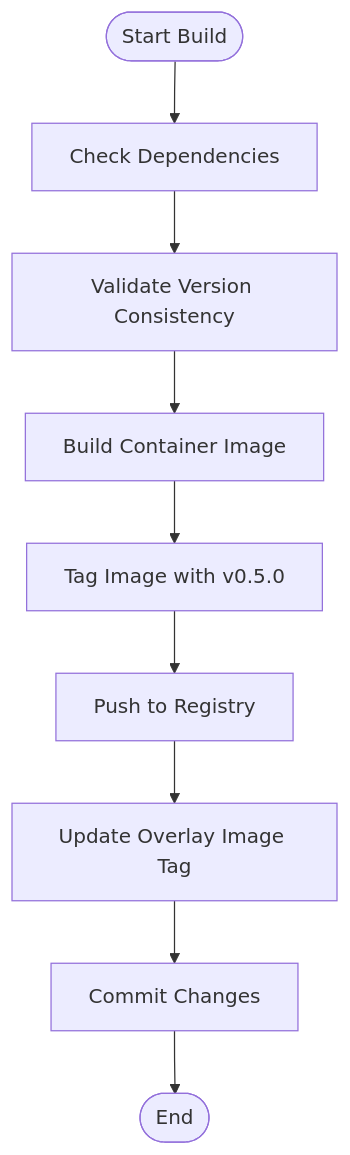
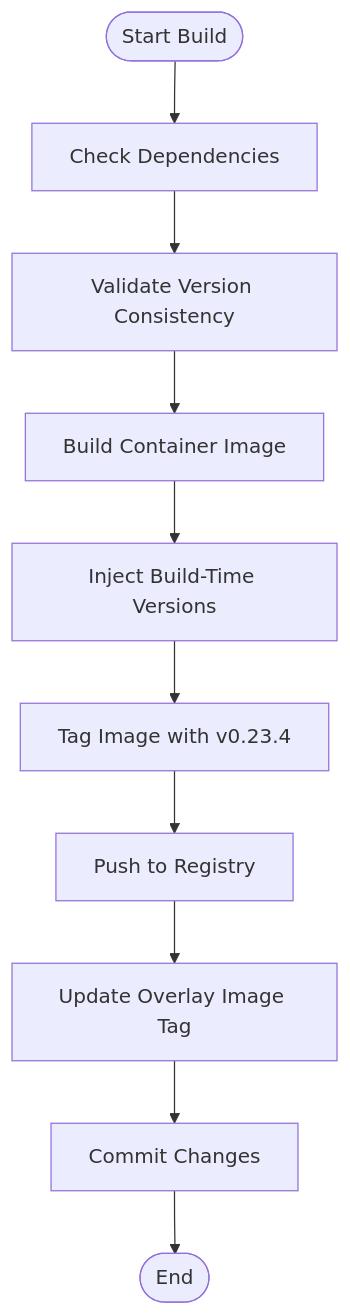
Before and after one commit to metasync/luban-aiops: the third of 12 diagrams in .qoder/repowiki/en/content/Deployment and Operations/Deployment and Operations.md, drawn with Mermaid. The commit also changed other lines of this file and 6 other files, not shown here.

````diff
--- a/.qoder/repowiki/en/content/Deployment and Operations/Deployment and Operations.md
+++ b/.qoder/repowiki/en/content/Deployment and Operations/Deployment and Operations.md
@@ -349,11 +367,12 @@
 ```mermaid
 flowchart TD
 Start(["Start Build"]) --> CheckDeps["Check Dependencies"]
 CheckDeps --> ValidateVersion["Validate Version Consistency"]
 ValidateVersion --> BuildImage["Build Container Image"]
-BuildImage --> TagImage["Tag Image with v0.5.0"]
+BuildImage --> InjectVersions["Inject Build-Time Versions"]
+InjectVersions --> TagImage["Tag Image with v0.23.4"]
 TagImage --> PushImage["Push to Registry"]
 PushImage --> UpdateOverlay["Update Overlay Image Tag"]
 UpdateOverlay --> Commit["Commit Changes"]
 Commit --> End(["End"])
 ```
````
